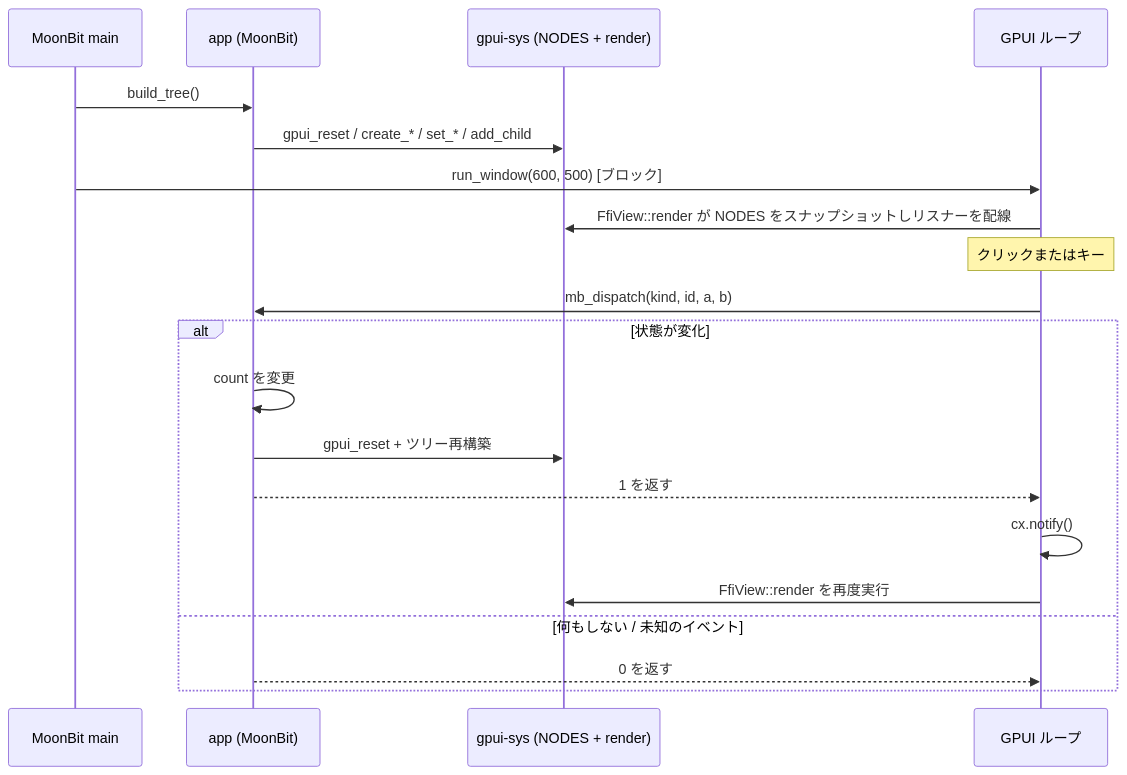
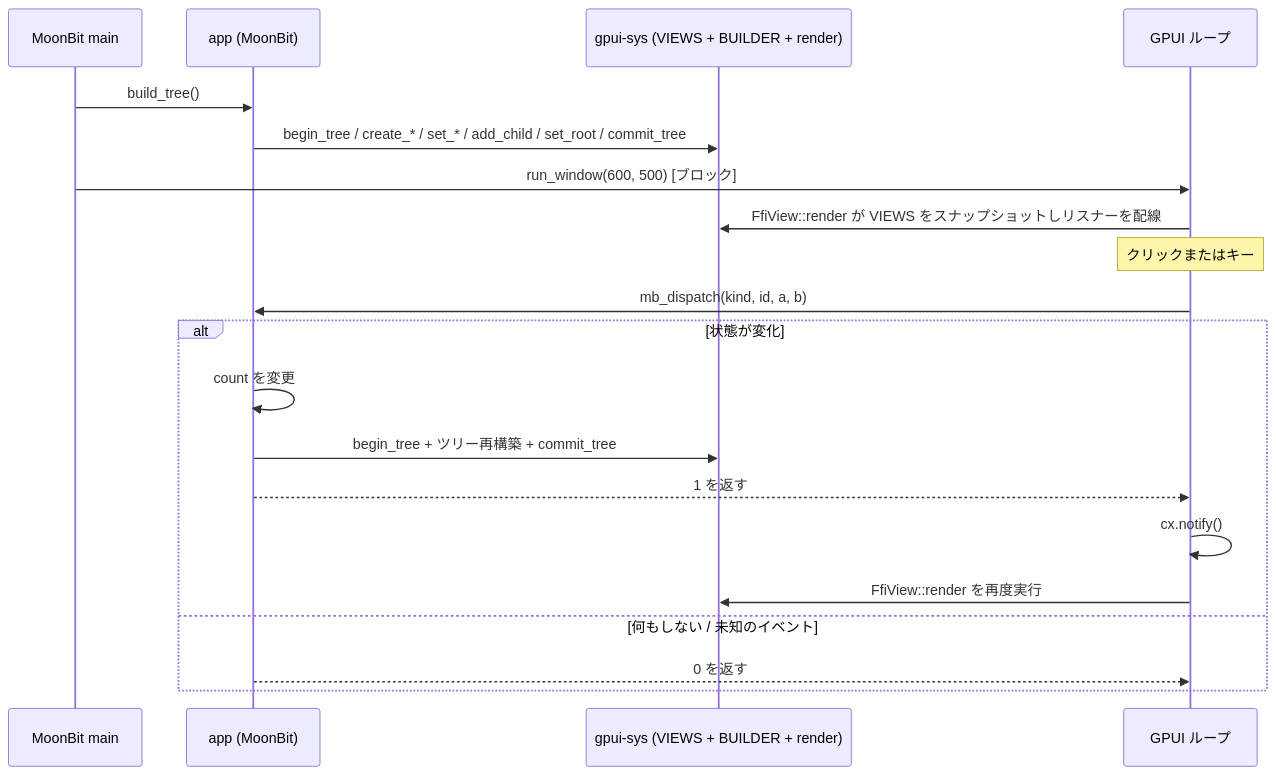
One commit to nakake/gpui-moonbit changed the diagram in docs/architecture.md. Above: the diagram before and after it, drawn with Mermaid. The commit also changed other lines of this file and 6 other files, not shown here.

````diff
--- a/docs/architecture.md
+++ b/docs/architecture.md
@@ -82,22 +92,22 @@
 ```mermaid
 sequenceDiagram
   participant M as MoonBit main
   participant A as app (MoonBit)
-  participant S as gpui-sys (NODES + render)
+  participant S as gpui-sys (VIEWS + BUILDER + render)
   participant G as GPUI ループ
   M->>A: build_tree()
-  A->>S: gpui_reset / create_* / set_* / add_child
+  A->>S: begin_tree / create_* / set_* / add_child / set_root / commit_tree
   M->>G: run_window(600, 500) [ブロック]
-  G->>S: FfiView::render が NODES をスナップショットしリスナーを配線
+  G->>S: FfiView::render が VIEWS をスナップショットしリスナーを配線
   Note over G: クリックまたはキー
   G->>A: mb_dispatch(kind, id, a, b)
   alt 状態が変化
     A->>A: count を変更
-    A->>S: gpui_reset + ツリー再構築
+    A->>S: begin_tree + ツリー再構築 + commit_tree
     A-->>G: 1 を返す
     G->>G: cx.notify()
     G->>S: FfiView::render を再度実行
   else 何もしない / 未知のイベント
     A-->>G: 0 を返す
   end
 ```
````
